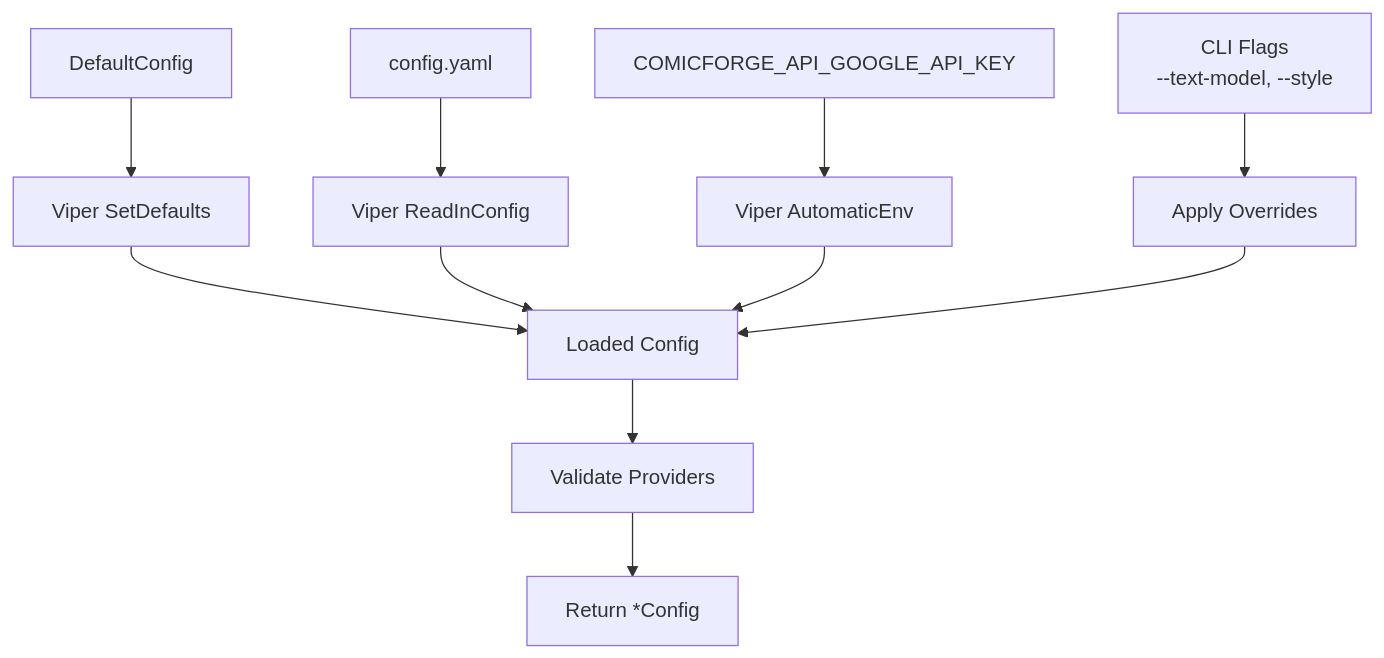
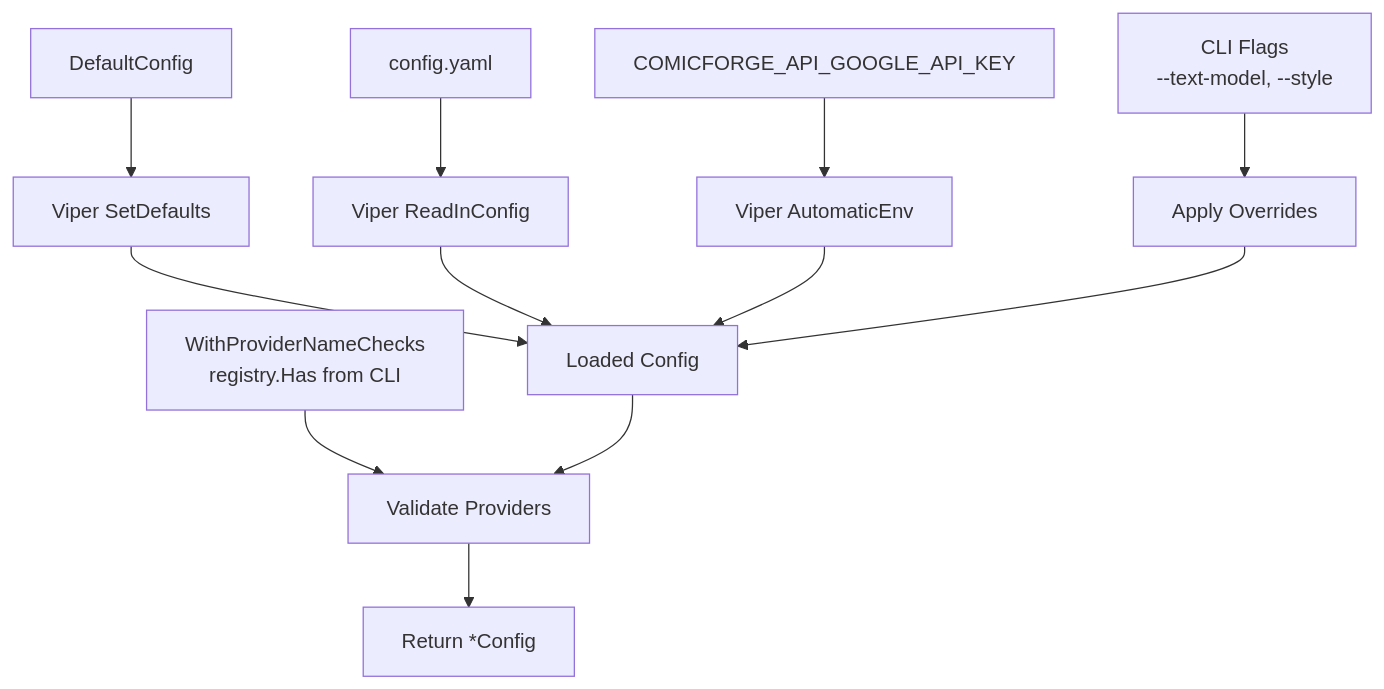
Before and after one commit to snonux/comicforge: the seventh of 12 diagrams in docs/ARCHITECTURE.md, drawn with Mermaid. The commit also changed other lines of this file and 3 other files, not shown here.

First line of the commit message:
Refresh docs for map styles, deps, and architecture drift.

````diff
--- a/docs/ARCHITECTURE.md
+++ b/docs/ARCHITECTURE.md
@@ -311,14 +340,15 @@
 ```mermaid
 graph TD
     A[DefaultConfig] --> B[Viper SetDefaults]
     C[config.yaml] --> D[Viper ReadInConfig]
     E[COMICFORGE_API_GOOGLE_API_KEY] --> F[Viper AutomaticEnv]
     G[CLI Flags<br/>--text-model, --style] --> H[Apply Overrides]
+    N[WithProviderNameChecks<br/>registry.Has from CLI] --> J
 
     B --> I[Loaded Config]
     D --> I
     F --> I
     H --> I
     I --> J[Validate Providers]
     J --> K[Return *Config]
 ```
````
